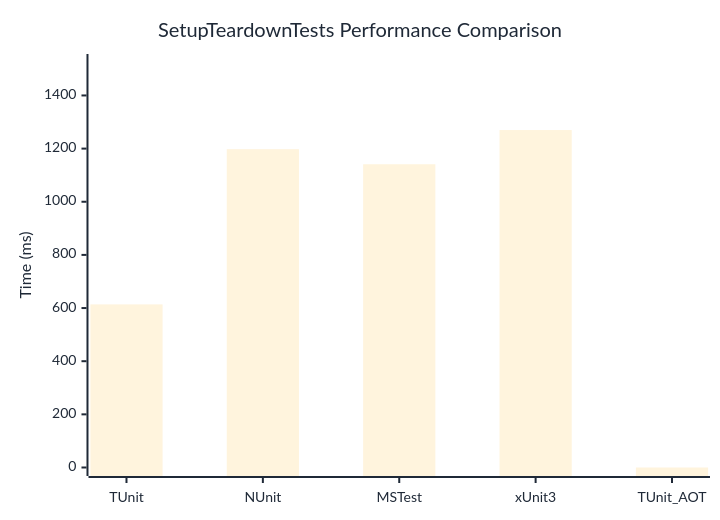
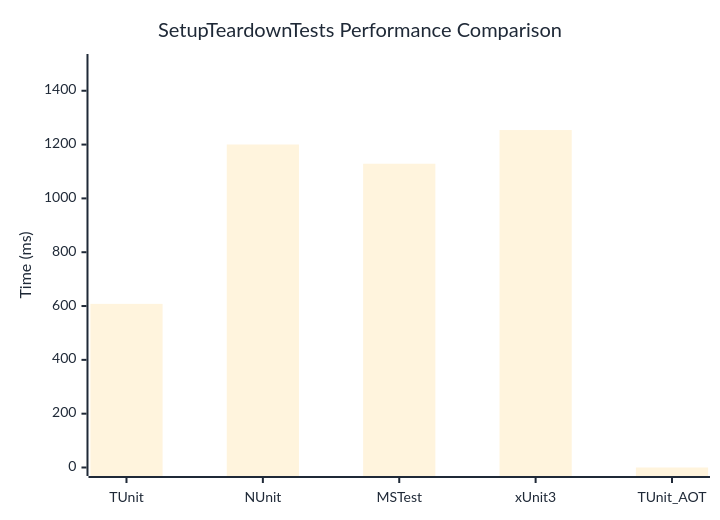
The diagram in docs/docs/benchmarks/SetupTeardownTests.md (thomhurst/TUnit), drawn with Mermaid before and after one commit. The commit also changed other lines of this file and 17 other files, not shown here.

````diff
--- a/docs/docs/benchmarks/SetupTeardownTests.md
+++ b/docs/docs/benchmarks/SetupTeardownTests.md
@@ -27,37 +27,37 @@
 ```mermaid
 %%{init: {
   'theme':'base',
   'themeVariables': {
     'primaryColor': '#2563eb',
     'primaryTextColor': '#1f2937',
     'primaryBorderColor': '#1e40af',
     'lineColor': '#6b7280',
     'secondaryColor': '#7c3aed',
     'tertiaryColor': '#dc2626',
     'background': '#ffffff',
     'mainBkg': '#2563eb',
     'secondBkg': '#7c3aed',
     'tertiaryBkg': '#dc2626',
     'clusterBkg': '#f3f4f6',
     'edgeLabelBackground': '#ffffff',
     'tertiaryTextColor': '#1f2937',
     'pie1': '#2563eb',
     'pie2': '#7c3aed',
     'pie3': '#dc2626',
     'pie4': '#f59e0b',
     'pie5': '#10b981',
     'pie6': '#06b6d4',
     'pie7': '#ec4899',
     'pie8': '#6366f1',
     'pie9': '#84cc16',
     'pie10': '#f97316',
     'pie11': '#14b8a6',
     'pie12': '#a855f7'
   }
 }}%%
 xychart-beta
   title "SetupTeardownTests Performance Comparison"
   x-axis ["TUnit", "NUnit", "MSTest", "xUnit3", "TUnit_AOT"]
-  y-axis "Time (ms)" 0 --> 1524
-  bar [613.8, 1197.9, 1141.1, 1269.8, 0]
+  y-axis "Time (ms)" 0 --> 1505
+  bar [608, 1200.3, 1128.8, 1254, 0]
 ```
````
